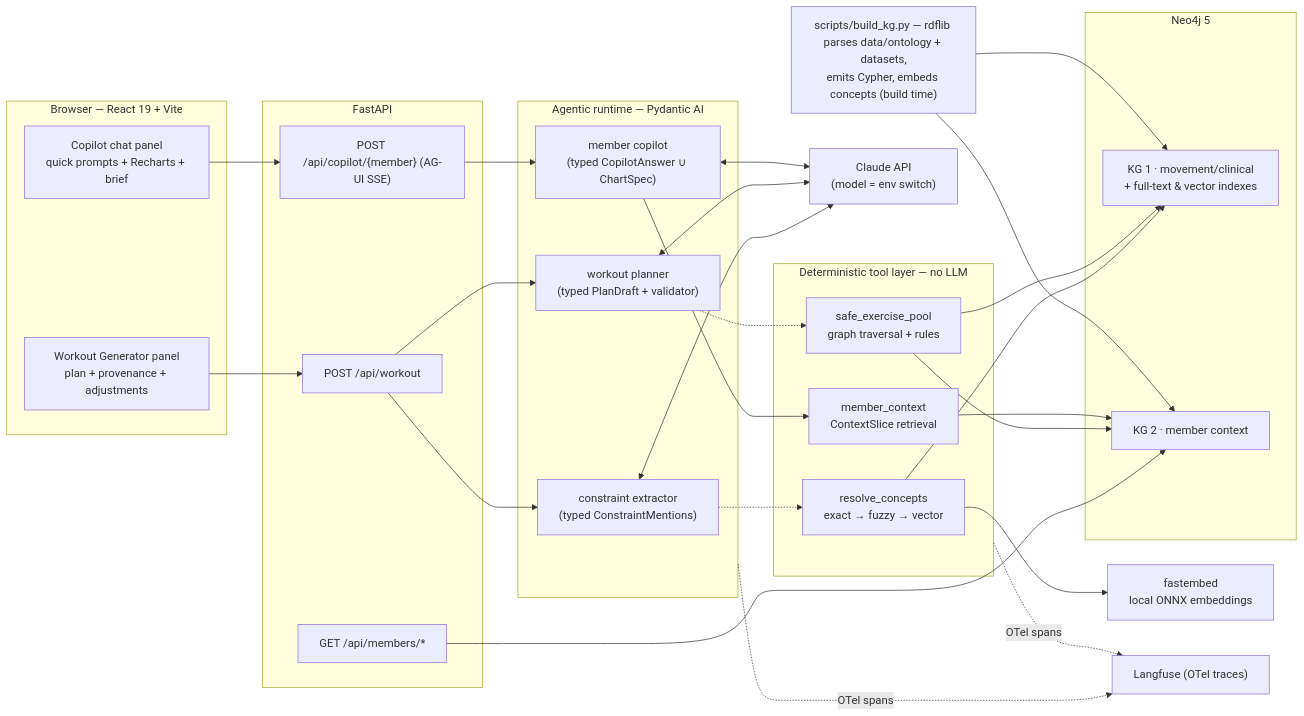
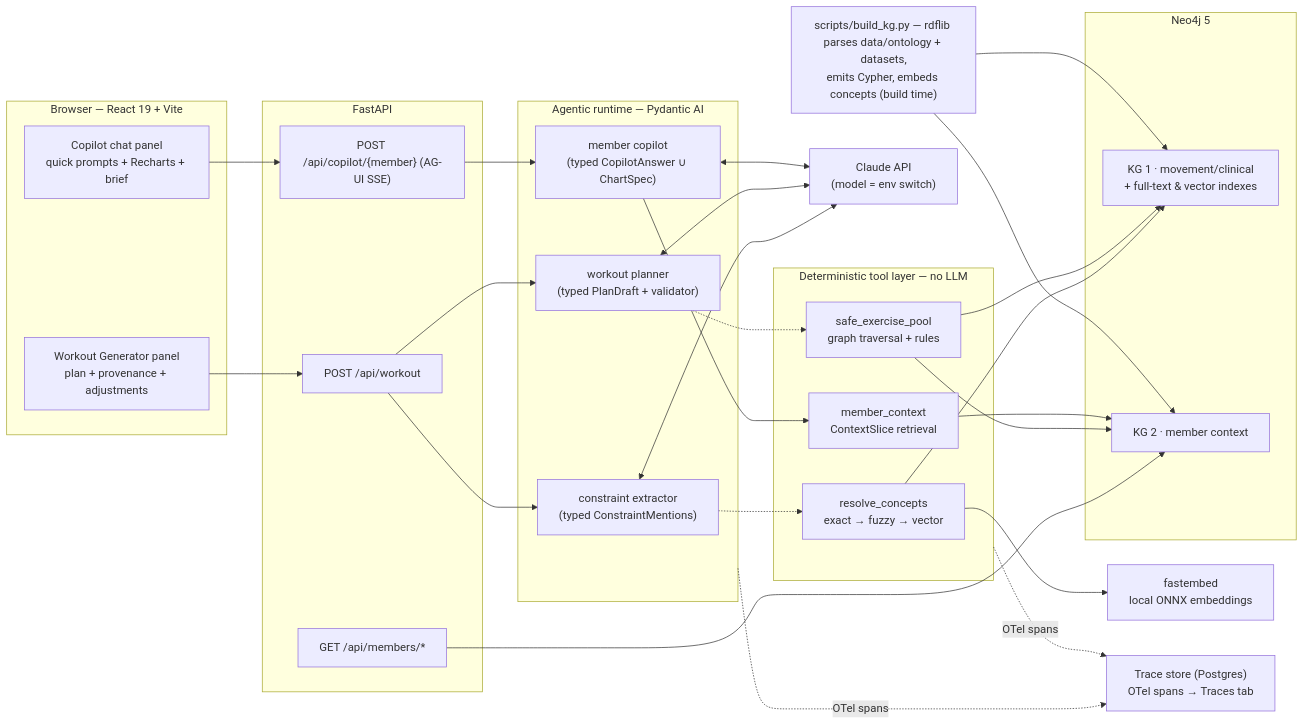
Before and after one commit to Josie29/knowledge-graph-coach-dashboard: the diagram in README.md, drawn with Mermaid. The commit also changed other lines of this file and 30 other files, not shown here.

````diff
--- a/README.md
+++ b/README.md
@@ -52,49 +52,49 @@
 ```mermaid
 flowchart LR
     subgraph Browser["Browser — React 19 + Vite"]
         GEN["Workout Generator panel<br/>plan + provenance + adjustments"]
         COP["Copilot chat panel<br/>quick prompts + Recharts + brief"]
     end
 
     subgraph API["FastAPI"]
         WR["POST /api/workout"]
         CR["POST /api/copilot/{member} (AG-UI SSE)"]
         MR["GET /api/members/*"]
     end
 
     subgraph Agents["Agentic runtime — Pydantic AI"]
         EX["constraint extractor<br/>(typed ConstraintMentions)"]
         PL["workout planner<br/>(typed PlanDraft + validator)"]
         CA["member copilot<br/>(typed CopilotAnswer ∪ ChartSpec)"]
     end
 
     subgraph Tools["Deterministic tool layer — no LLM"]
         RES["resolve_concepts<br/>exact → fuzzy → vector"]
         POOL["safe_exercise_pool<br/>graph traversal + rules"]
         CTX["member_context<br/>ContextSlice retrieval"]
     end
 
     subgraph Neo4j["Neo4j 5"]
         KG1["KG 1 · movement/clinical<br/>+ full-text & vector indexes"]
         KG2["KG 2 · member context"]
     end
 
     CLAUDE["Claude API<br/>(model = env switch)"]
     FE["fastembed<br/>local ONNX embeddings"]
-    LF["Langfuse (OTel traces)"]
+    TR["Trace store (Postgres)<br/>OTel spans → Traces tab"]
     BUILD["scripts/build_kg.py — rdflib parses data/ontology + datasets,<br/>emits Cypher, embeds concepts (build time)"]
 
     GEN --> WR --> EX & PL
     COP --> CR --> CA
     MR --> KG2
     EX & PL & CA <--> CLAUDE
     EX -.-> RES
     PL -.-> POOL
     CA --> CTX
     RES & POOL --> KG1
     POOL --> KG2
     CTX --> KG2
     RES --> FE
     BUILD --> KG1 & KG2
-    Agents & Tools -. OTel spans .-> LF
+    Agents & Tools -. OTel spans .-> TR
 ```
````
